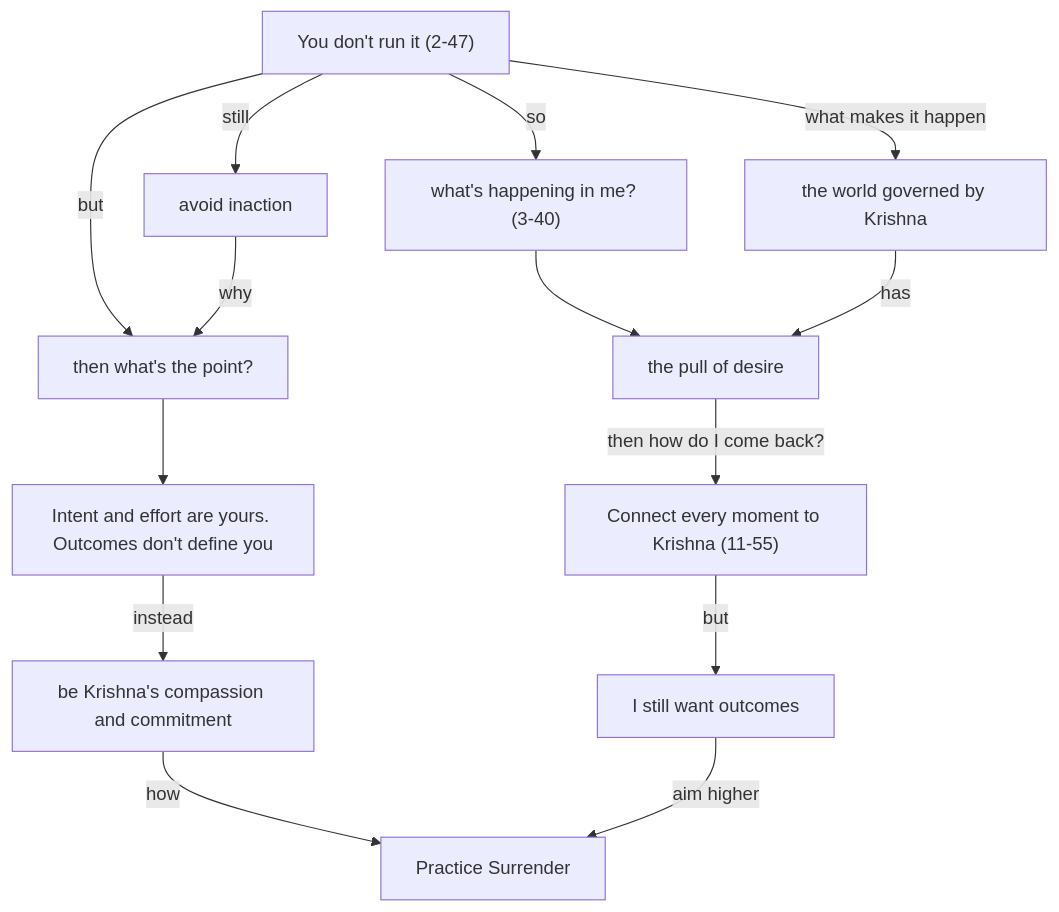
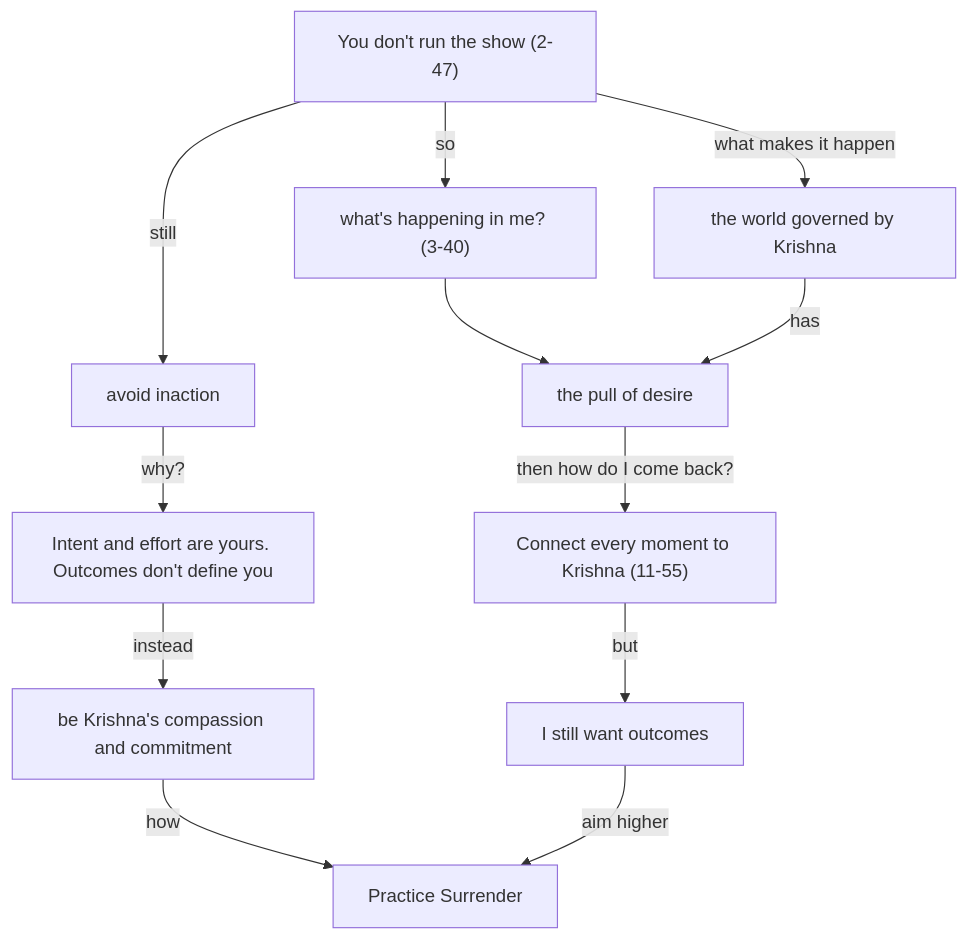
The diagram in reflections/morning-flow.md (RaPaLearning/askys), drawn with Mermaid before and after one commit. The commit also changed 1 other file, not shown here.

Commit message:
morning conversation sync to flow

````diff
--- a/reflections/morning-flow.md
+++ b/reflections/morning-flow.md
@@ -3,20 +3,18 @@
 ```mermaid
 flowchart TD
-    A["You don't run it (2-47)"] -->|what makes it happen| E[the world governed by Krishna]
+    A["You don't run the show (2-47)"] -->|what makes it happen| E[the world governed by Krishna]
     A -->|so| C["what's happening in me? (3-40)"]
-    A -->|but| D[then what's the point?]
 
     C --> F[the pull of desire]
     E -->|has| F
 
     F -->|then how do I come back?| H["Connect every moment to Krishna (11-55)"]
     A -->|still| I[avoid inaction]
-    I -->|why| D
 
-    D --> J[Intent and effort are yours. Outcomes don't define you]
+    I -->|why?| J[Intent and effort are yours. Outcomes don't define you]
     J -->|instead| L[be Krishna's compassion and commitment]
     L -->|how| M[Practice Surrender]
 
     H -->|but| N[I still want outcomes]
     N -->|aim higher| M
 ```
````
